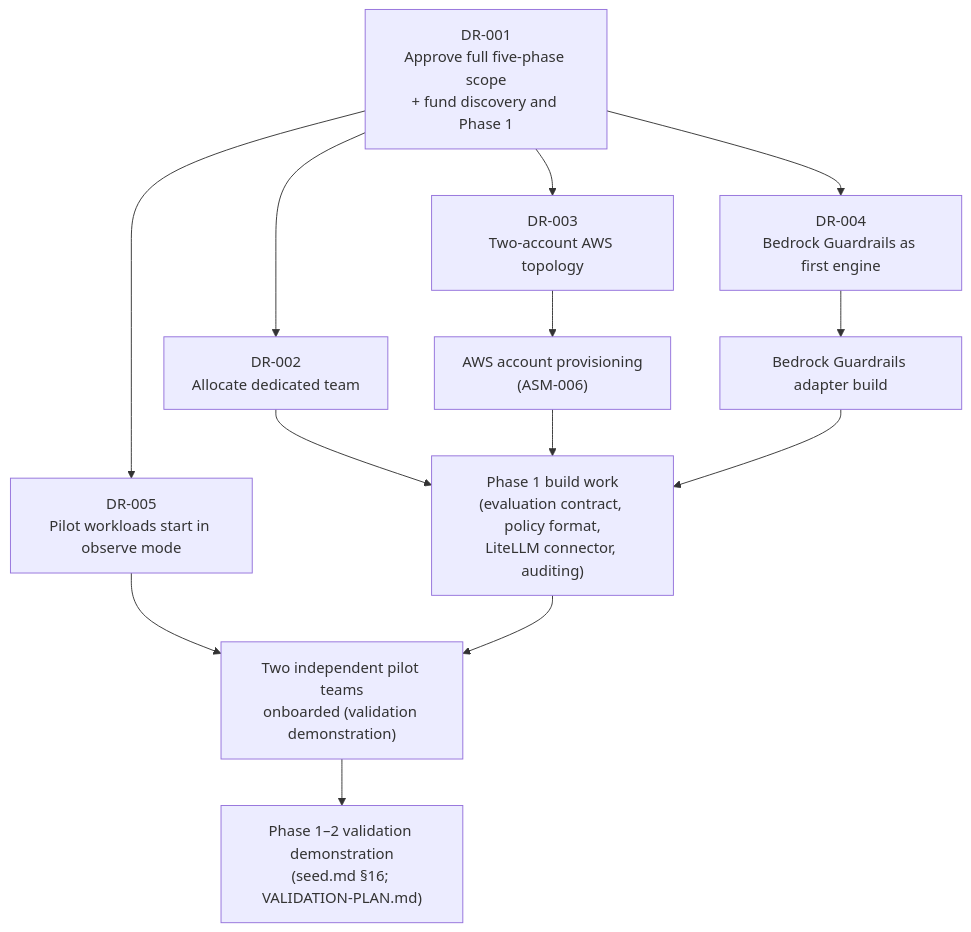
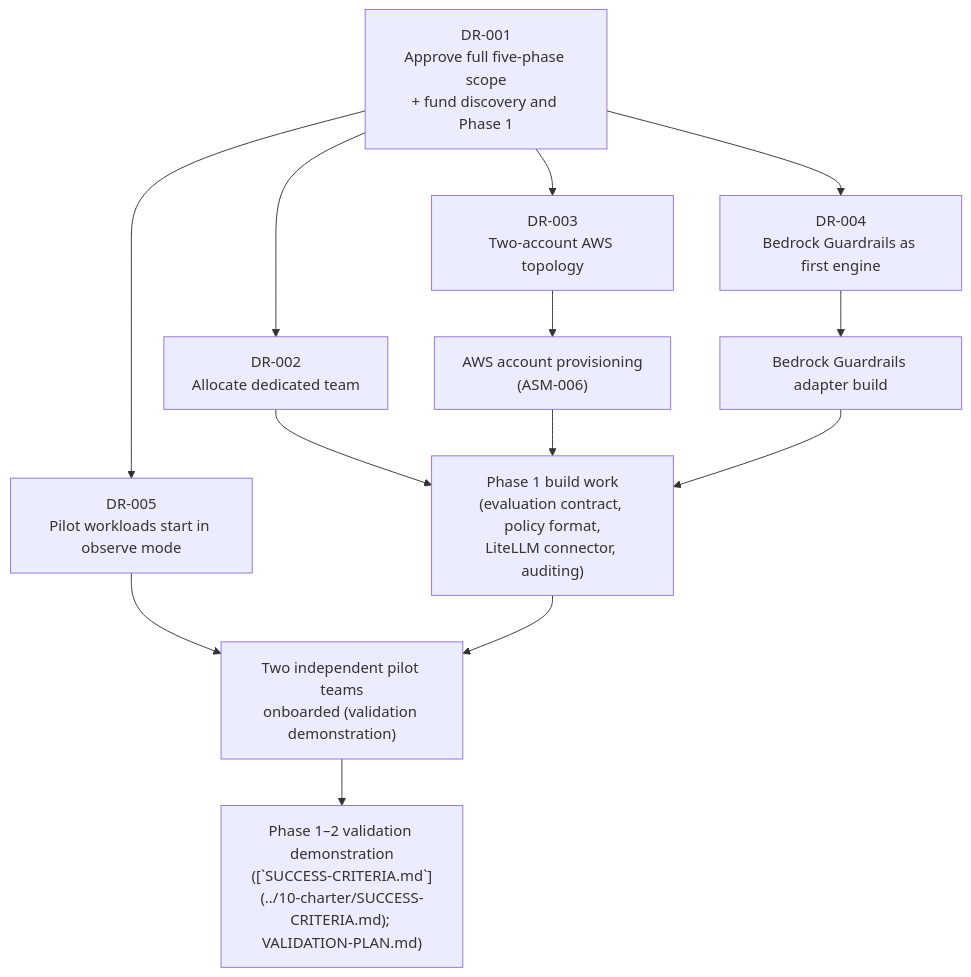
One commit to veglezMX/guardrails changed the diagram in solution-docs/30-executive/DECISION-REQUEST.md. Above: the diagram before and after it, drawn with Mermaid. The commit also changed other lines of this file and 91 other files, not shown here.

````diff
--- a/solution-docs/30-executive/DECISION-REQUEST.md
+++ b/solution-docs/30-executive/DECISION-REQUEST.md
@@ -133,17 +133,17 @@
 ```mermaid
 flowchart TD
     DR001["DR-001\nApprove full five-phase scope\n+ fund discovery and Phase 1"] --> DR002["DR-002\nAllocate dedicated team"]
     DR001 --> DR003["DR-003\nTwo-account AWS topology"]
     DR001 --> DR004["DR-004\nBedrock Guardrails as first engine"]
     DR001 --> DR005["DR-005\nPilot workloads start in observe mode"]
 
     DR002 --> BUILD["Phase 1 build work\n(evaluation contract, policy format,\nLiteLLM connector, auditing)"]
     DR003 --> PROV["AWS account provisioning\n(ASM-006)"]
     DR004 --> ADAPTER["Bedrock Guardrails adapter build"]
     DR005 --> ONBOARD["Two independent pilot teams\nonboarded (validation demonstration)"]
 
     PROV --> BUILD
     ADAPTER --> BUILD
     BUILD --> ONBOARD
-    ONBOARD --> DEMO["Phase 1–2 validation demonstration\n(seed.md §16; VALIDATION-PLAN.md)"]
+ ONBOARD --> DEMO["Phase 1–2 validation demonstration\n([`SUCCESS-CRITERIA.md`](../10-charter/SUCCESS-CRITERIA.md); VALIDATION-PLAN.md)"]
 ```
````
